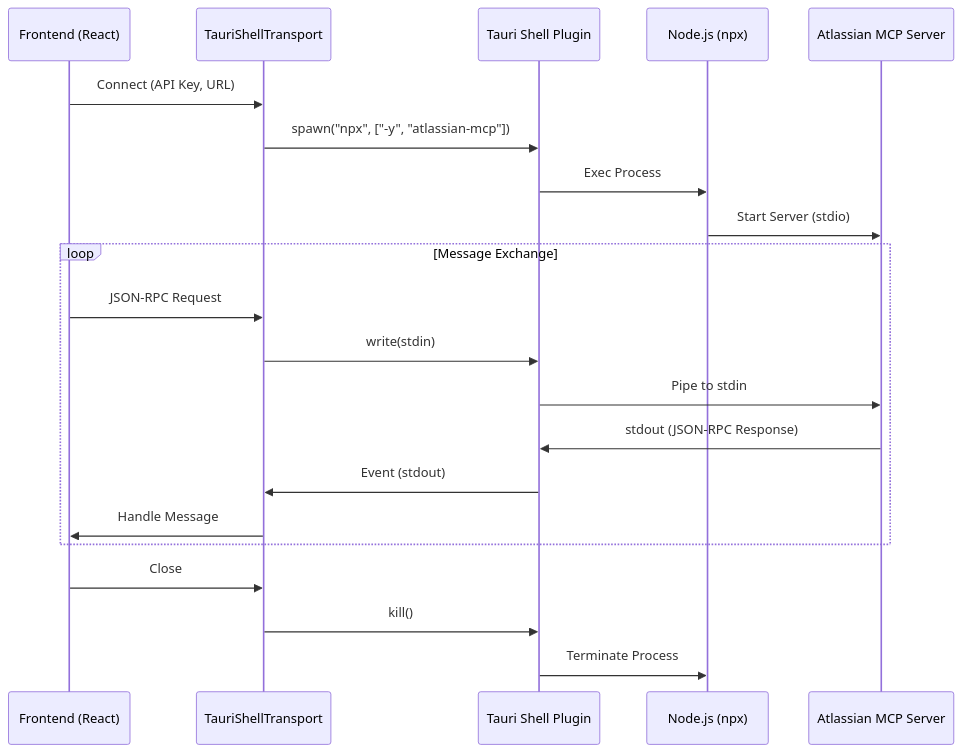
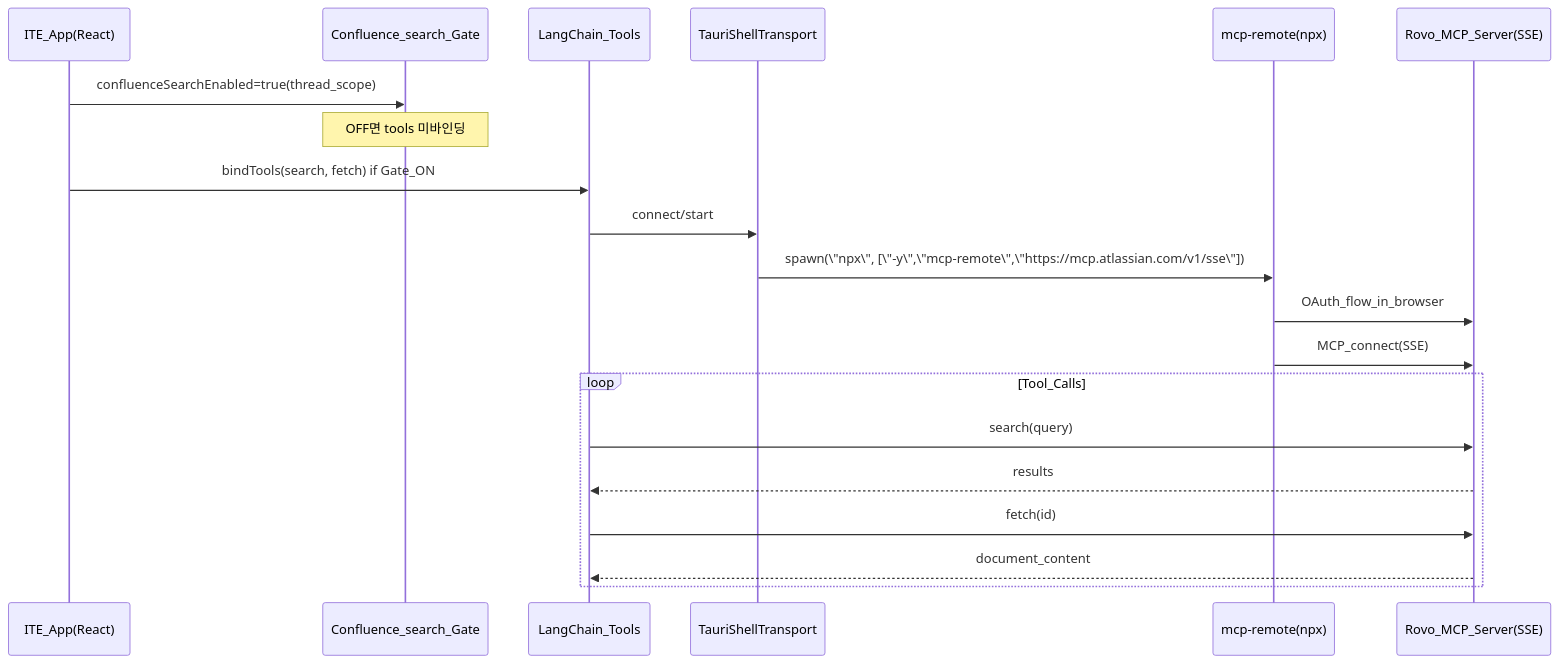
The diagram in tasks/mcp-specs.md (Hyunsang-coder/translation-editor), drawn with Mermaid before and after one commit. The commit also changed other lines of this file and 1 other file, not shown here.

````diff
--- a/tasks/mcp-specs.md
+++ b/tasks/mcp-specs.md
@@ -8,26 +16,25 @@
 ```mermaid
 sequenceDiagram
-    participant React as Frontend (React)
+    participant App as ITE_App(React)
+    participant Gate as Confluence_search_Gate
+    participant LC as LangChain_Tools
     participant Bridge as TauriShellTransport
-    participant Tauri as Tauri Shell Plugin
-    participant Node as Node.js (npx)
-    participant MCP as Atlassian MCP Server
+    participant Proxy as mcp-remote(npx)
+    participant Rovo as Rovo_MCP_Server(SSE)
 
-    React->>Bridge: Connect (API Key, URL)
-    Bridge->>Tauri: spawn("npx", ["-y", "atlassian-mcp"])
-    Tauri->>Node: Exec Process
-    Node->>MCP: Start Server (stdio)
-    
-    loop Message Exchange
-        React->>Bridge: JSON-RPC Request
-        Bridge->>Tauri: write(stdin)
-        Tauri->>MCP: Pipe to stdin
-        MCP->>Tauri: stdout (JSON-RPC Response)
-        Tauri->>Bridge: Event (stdout)
-        Bridge->>React: Handle Message
+    App->>Gate: confluenceSearchEnabled=true(thread_scope)
+    Note over Gate: OFF면 tools 미바인딩
+
+    App->>LC: bindTools(search, fetch) if Gate_ON
+    LC->>Bridge: connect/start
+    Bridge->>Proxy: spawn(\"npx\", [\"-y\",\"mcp-remote\",\"https://mcp.atlassian.com/v1/sse\"])
+    Proxy->>Rovo: OAuth_flow_in_browser
+    Proxy->>Rovo: MCP_connect(SSE)
+
+    loop Tool_Calls
+        LC->>Rovo: search(query)
+        Rovo-->>LC: results
+        LC->>Rovo: fetch(id)
+        Rovo-->>LC: document_content
     end
-
-    React->>Bridge: Close
-    Bridge->>Tauri: kill()
-    Tauri->>Node: Terminate Process
 ```
````
